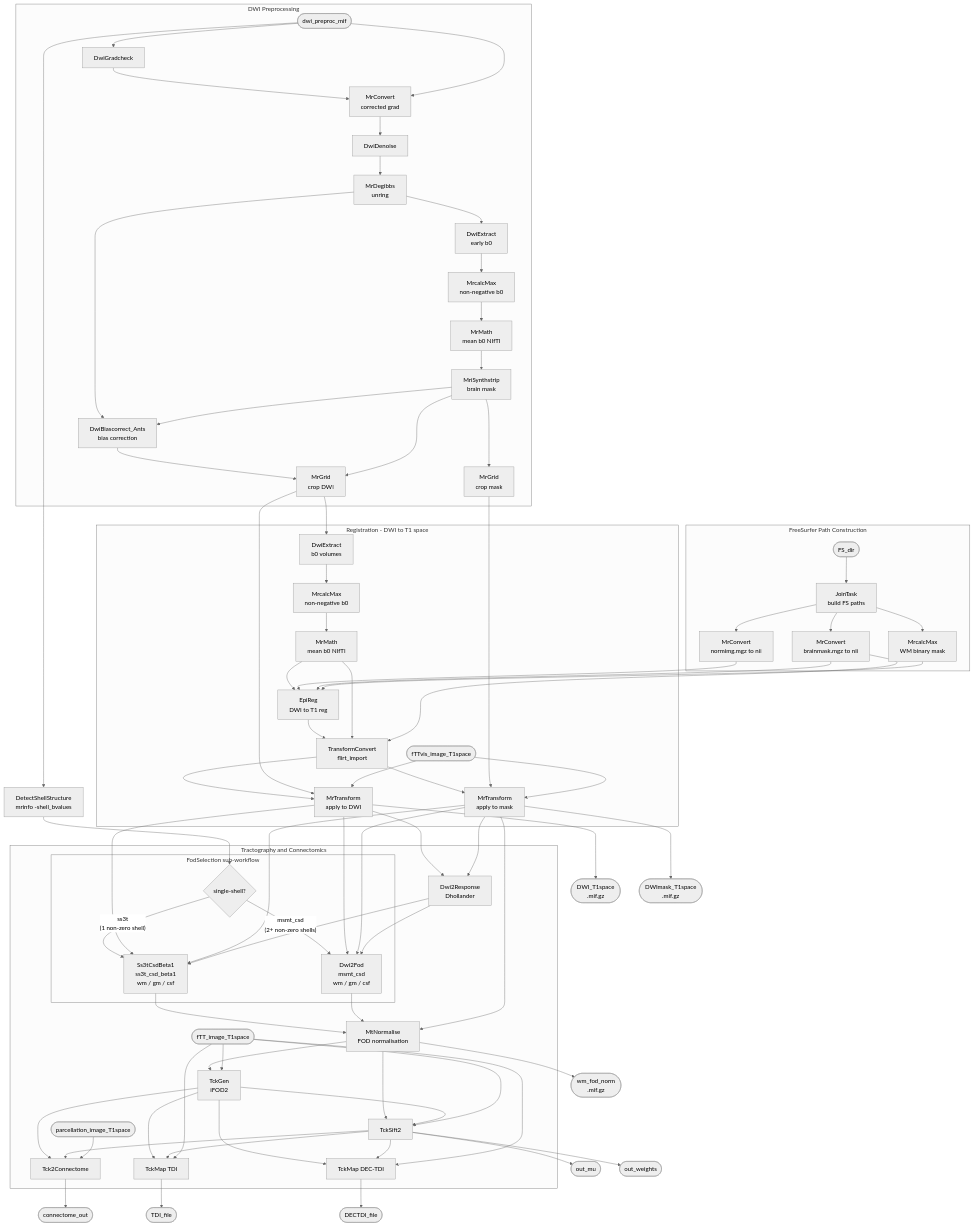
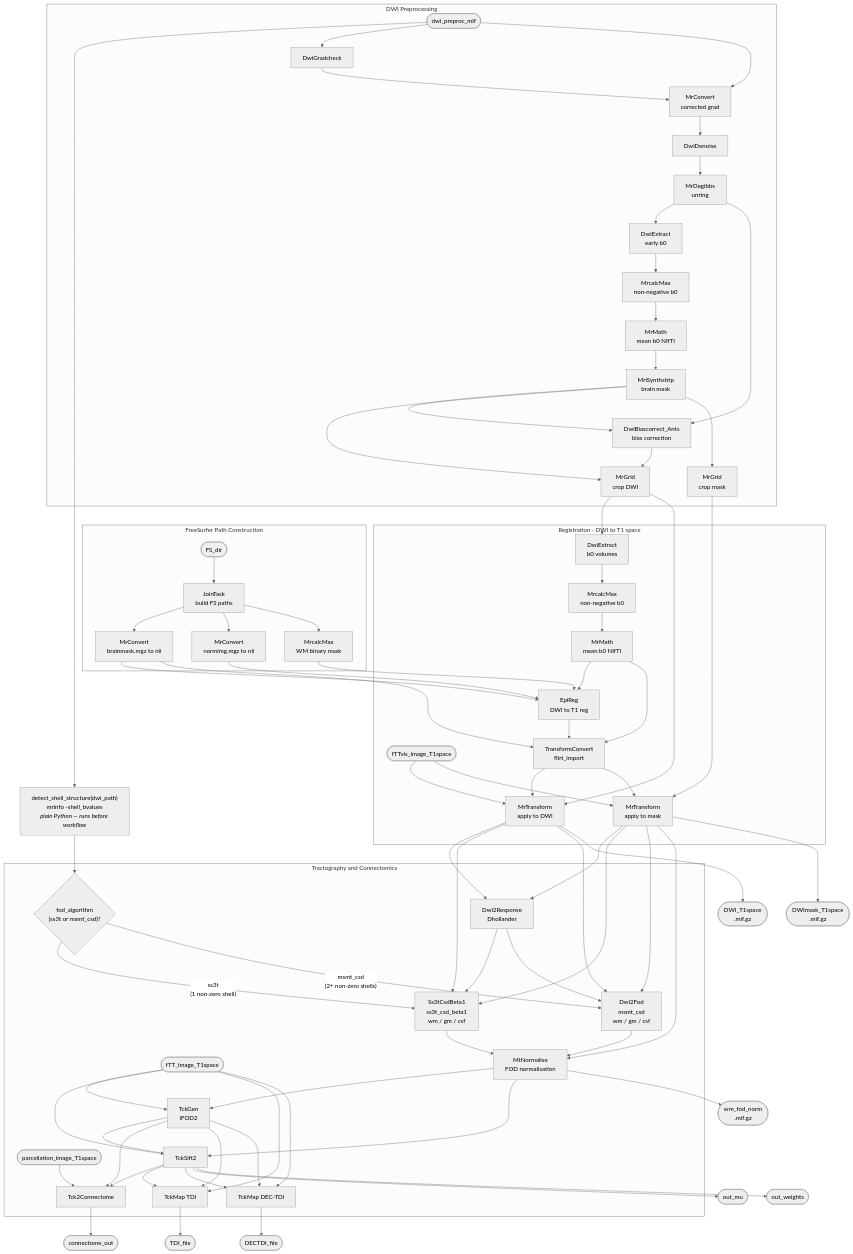
Before and after one commit to Australian-Imaging-Service/pipelines: the diagram in src/australianimagingservice/mri/human/neuro/dwi/dwi_analysis_flow.md, drawn with Mermaid (neutral theme). The commit also changed 1 other file, not shown here.

Commit message:
finessed conditional logic for SS3T and MSMT - still need to test SS3T

```diff
--- a/src/australianimagingservice/mri/human/neuro/dwi/dwi_analysis_flow.md
+++ b/src/australianimagingservice/mri/human/neuro/dwi/dwi_analysis_flow.md
@@ -8,8 +8,8 @@
     IN4([fTT_image_T1space])
     IN5([parcellation_image_T1space])
 
-    IN1 --> DETECT["DetectShellStructure<br/>mrinfo -shell_bvalues"]
-    DETECT --> FOD_CHOICE{single-shell?}
+    IN1 --> DETECT["detect_shell_structure(dwi_path)<br/>mrinfo -shell_bvalues<br/><i>plain Python — runs before workflow</i>"]
+    DETECT --> FOD_CHOICE{"fod_algorithm<br/>(ss3t or msmt_csd)?"}
 
     subgraph PREPROC["DWI Preprocessing"]
         A[DwiGradcheck] --> B["MrConvert<br/>corrected grad"]
@@ -60,11 +60,8 @@
         T --> V["Dwi2Response<br/>Dhollander"]
         U --> V
 
-        subgraph FOD_SEL["FodSelection sub-workflow"]
-            FOD_CHOICE -- "ss3t<br/>(1 non-zero shell)" --> W1["Ss3tCsdBeta1<br/>ss3t_csd_beta1<br/>wm / gm / csf"]
-            FOD_CHOICE -- "msmt_csd<br/>(2+ non-zero shells)" --> W2["Dwi2Fod<br/>msmt_csd<br/>wm / gm / csf"]
-        end
-
+        FOD_CHOICE -- "ss3t<br/>(1 non-zero shell)" --> W1["Ss3tCsdBeta1<br/>ss3t_csd_beta1<br/>wm / gm / csf"]
+        FOD_CHOICE -- "msmt_csd<br/>(2+ non-zero shells)" --> W2["Dwi2Fod<br/>msmt_csd<br/>wm / gm / csf"]
         T --> W1
         U --> W1
         V --> W1
```
